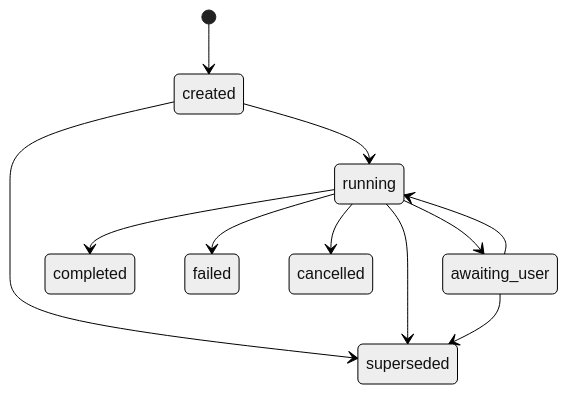
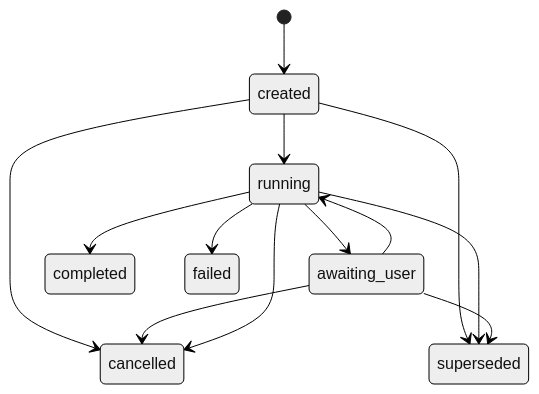
One commit to baijianqing/yantie-history changed the fourth of 4 diagrams in docs/DOMAIN_MODEL.md. Above: the diagram before and after it, drawn with Mermaid (neutral theme). The commit also changed other lines of this file, not shown here.

````diff
--- a/docs/DOMAIN_MODEL.md
+++ b/docs/DOMAIN_MODEL.md
@@ -800,13 +808,15 @@
 ```mermaid
 stateDiagram-v2
     [*] --> created
     created --> running
+    created --> cancelled
     running --> awaiting_user
     awaiting_user --> running
+    awaiting_user --> cancelled
     running --> completed
     running --> failed
     running --> cancelled
     created --> superseded
     running --> superseded
     awaiting_user --> superseded
 ```
````
